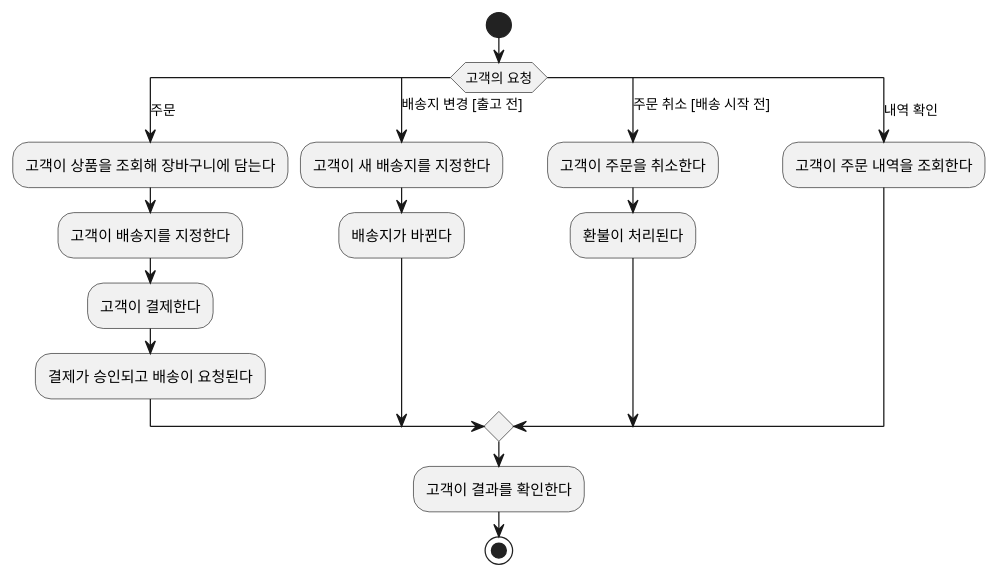
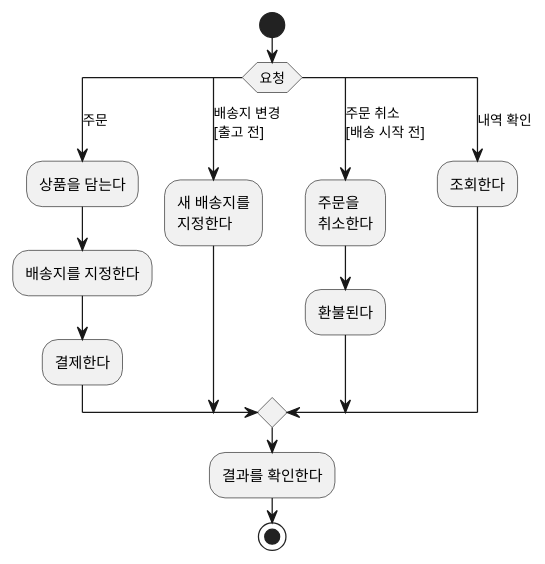
One commit to YoungSan77/TrainingMaterials changed the third of 23 diagrams in courses/ooad/sessions/s04.md. Above: the diagram before and after it, drawn with PlantUML. The commit also changed other lines of this file and 51 other files, not shown here.

````diff
--- a/courses/ooad/sessions/s04.md
+++ b/courses/ooad/sessions/s04.md
@@ -405,22 +355,20 @@
 ```plantuml:activity
 @startuml
 start
-switch (고객의 요청)
+switch (요청)
 case (주문)
-  :고객이 상품을 조회해 장바구니에 담는다;
-  :고객이 배송지를 지정한다;
-  :고객이 결제한다;
-  :결제가 승인되고 배송이 요청된다;
-case (배송지 변경 [출고 전])
-  :고객이 새 배송지를 지정한다;
-  :배송지가 바뀐다;
-case (주문 취소 [배송 시작 전])
-  :고객이 주문을 취소한다;
-  :환불이 처리된다;
+  :상품을 담는다;
+  :배송지를 지정한다;
+  :결제한다;
+case (배송지 변경\n[출고 전])
+  :새 배송지를\n지정한다;
+case (주문 취소\n[배송 시작 전])
+  :주문을\n취소한다;
+  :환불된다;
 case (내역 확인)
-  :고객이 주문 내역을 조회한다;
+  :조회한다;
 endswitch
-:고객이 결과를 확인한다;
+:결과를 확인한다;
 stop
 @enduml
 ```
````
